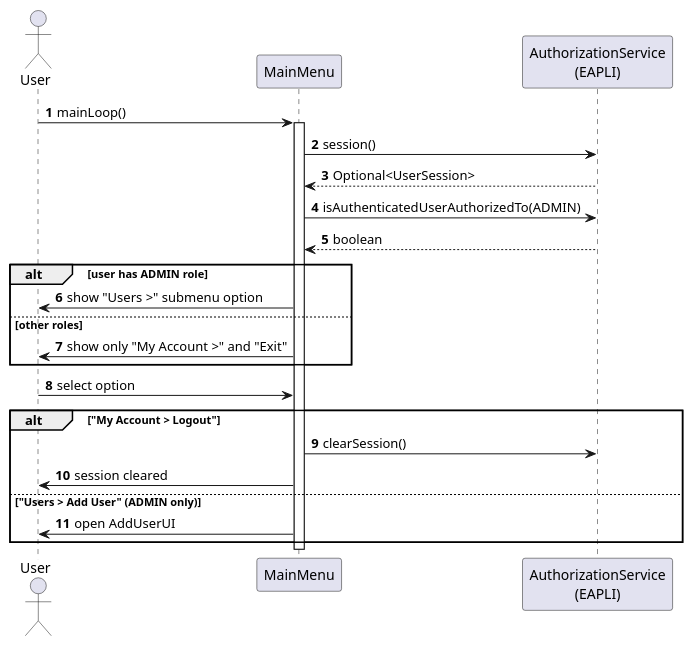
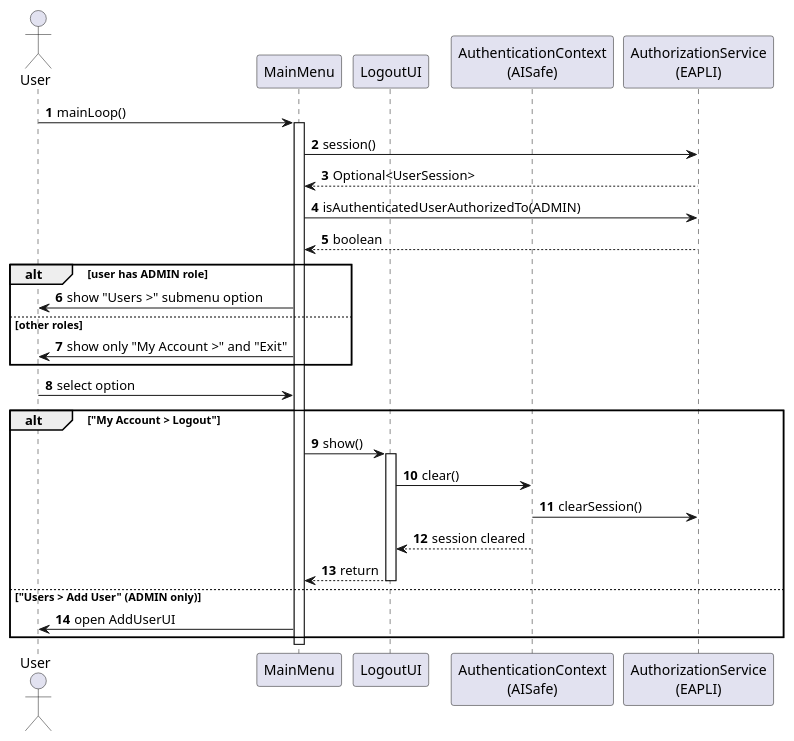
One commit to brunodspinto/aisafe changed the diagram in aisafe.base/docs/user-stories/us030/puml/US030-SD-menu.puml. Above: the diagram before and after it, drawn with PlantUML. The commit also changed 4 other files, not shown here.

```diff
--- a/aisafe.base/docs/user-stories/us030/puml/US030-SD-menu.puml
+++ b/aisafe.base/docs/user-stories/us030/puml/US030-SD-menu.puml
@@ -1,35 +1,42 @@
 @startuml sd30-menu
 skinparam shadowing false
 autonumber
 
 actor User as user
 participant "MainMenu" as menu
+participant "LogoutUI" as logoutUI
+participant "AuthenticationContext\n(AISafe)" as authCtx
 participant "AuthorizationService\n(EAPLI)" as authz
 
 user -> menu : mainLoop()
 activate menu
 
 menu -> authz : session()
 authz --> menu : Optional<UserSession>
 
 menu -> authz : isAuthenticatedUserAuthorizedTo(ADMIN)
 authz --> menu : boolean
 
 alt user has ADMIN role
     menu -> user : show "Users >" submenu option
 else other roles
     menu -> user : show only "My Account >" and "Exit"
 end
 
 user -> menu : select option
 
 alt "My Account > Logout"
-    menu -> authz : clearSession()
-    menu -> user : session cleared
+    menu -> logoutUI : show()
+    activate logoutUI
+    logoutUI -> authCtx : clear()
+    authCtx -> authz : clearSession()
+    authCtx --> logoutUI : session cleared
+    logoutUI --> menu : return
+    deactivate logoutUI
 else "Users > Add User" (ADMIN only)
     menu -> user : open AddUserUI
 end
 
 deactivate menu
 
 @enduml
```
